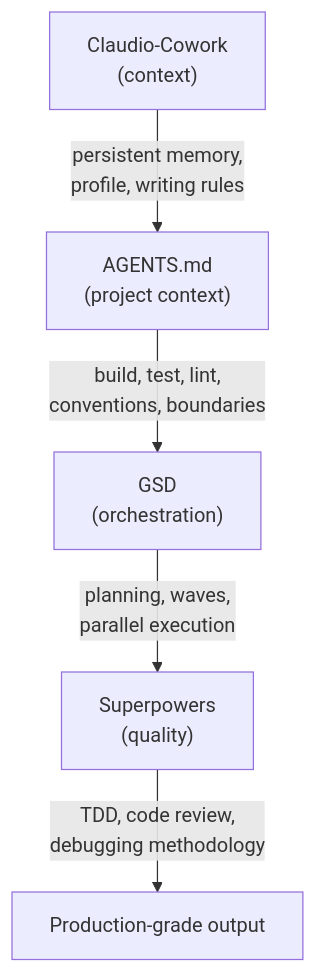
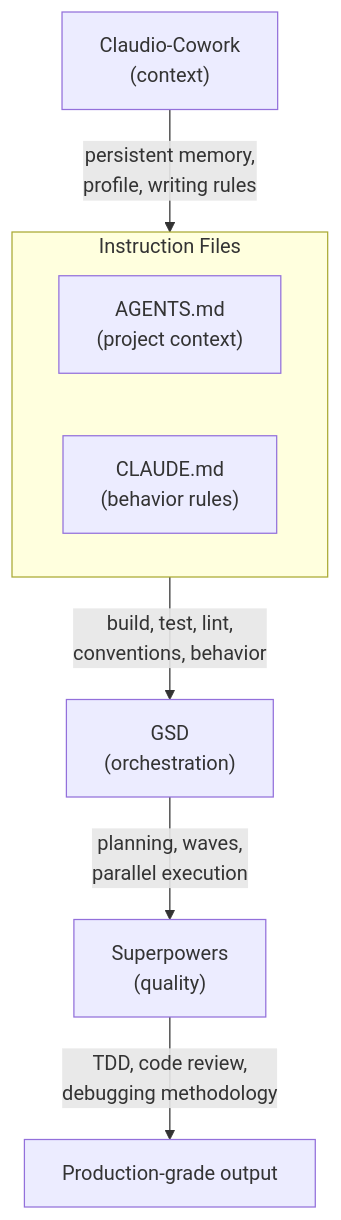
Before and after one commit to ActurialCapital/claudio-cowork: the fourth of 5 diagrams in README.md, drawn with Mermaid. The commit also changed other lines of this file and 10 other files, not shown here.

````diff
--- a/README.md
+++ b/README.md
@@ -186,7 +190,11 @@
 ```mermaid
 flowchart TB
-    CC["Claudio-Cowork\n(context)"] -->|"persistent memory,\nprofile, writing rules"| AM
-    AM["AGENTS.md\n(project context)"] -->|"build, test, lint,\nconventions, boundaries"| GSD
+    CC["Claudio-Cowork\n(context)"] -->|"persistent memory,\nprofile, writing rules"| INST
+    subgraph INST["Instruction Files"]
+        AM["AGENTS.md\n(project context)"]
+        CM["CLAUDE.md\n(behavior rules)"]
+    end
+    INST -->|"build, test, lint,\nconventions, behavior"| GSD
     GSD["GSD\n(orchestration)"] -->|"planning, waves,\nparallel execution"| SP
     SP["Superpowers\n(quality)"] -->|"TDD, code review,\ndebugging methodology"| OUT[Production-grade output]
 ```
````
